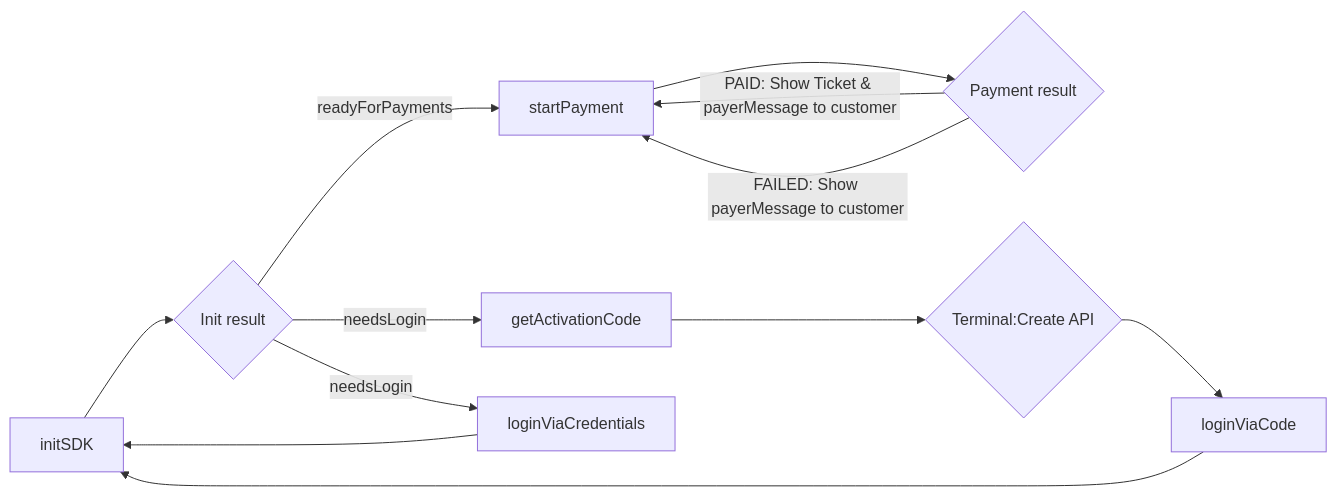
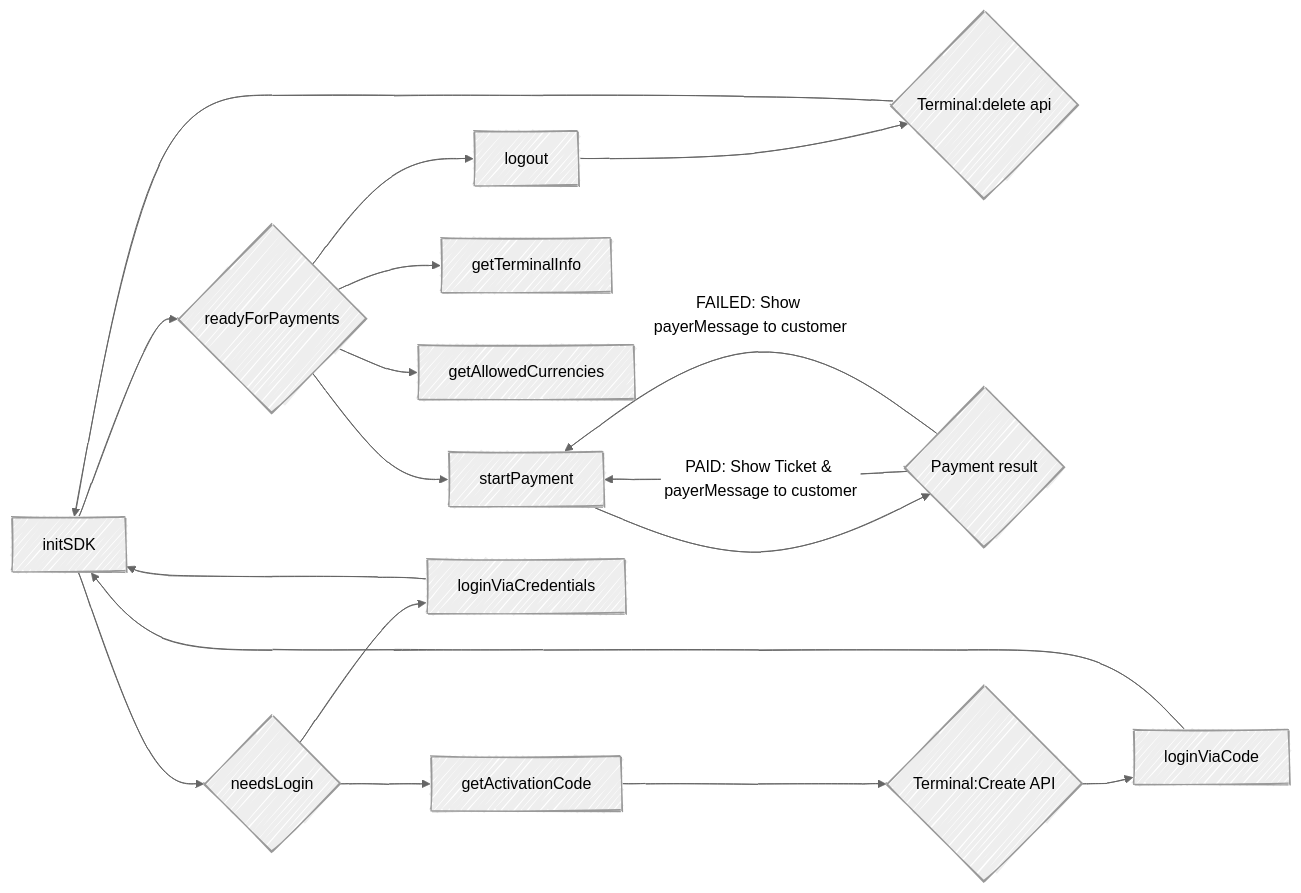
Before and after one commit to paynl/POS.SDK: the diagram in docs/sdk-ios.md, drawn with Mermaid.

````diff
--- a/docs/sdk-ios.md
+++ b/docs/sdk-ios.md
@@ -33,14 +33,25 @@
 ```mermaid
+---
+config:
+  look: handDrawn
+  theme: neutral
+---
 flowchart LR;
-  A[initSDK] --> B{Init result}
-  B --> |readyForPayments| F[startPayment]
+  A[initSDK] --> B{readyForPayments}
+  A --> M{needsLogin}
+  B --> K[logout]
+  K --> L{Terminal:delete api}
+  L --> A
+  B --> F[startPayment]
   F --> H{Payment result}
   H --> |PAID: Show Ticket & payerMessage to customer| F
   H --> |FAILED: Show payerMessage to customer| F
-  B --> |needsLogin| C[getActivationCode]
+  B --> I[getTerminalInfo]
+  B --> J[getAllowedCurrencies]
+  M --> C[getActivationCode]
   C --> D{Terminal:Create API}
   D --> E[loginViaCode]
   E --> A
-  B --> |needsLogin| G[loginViaCredentials]
+  M --> G[loginViaCredentials]
   G --> A
 ```
````
